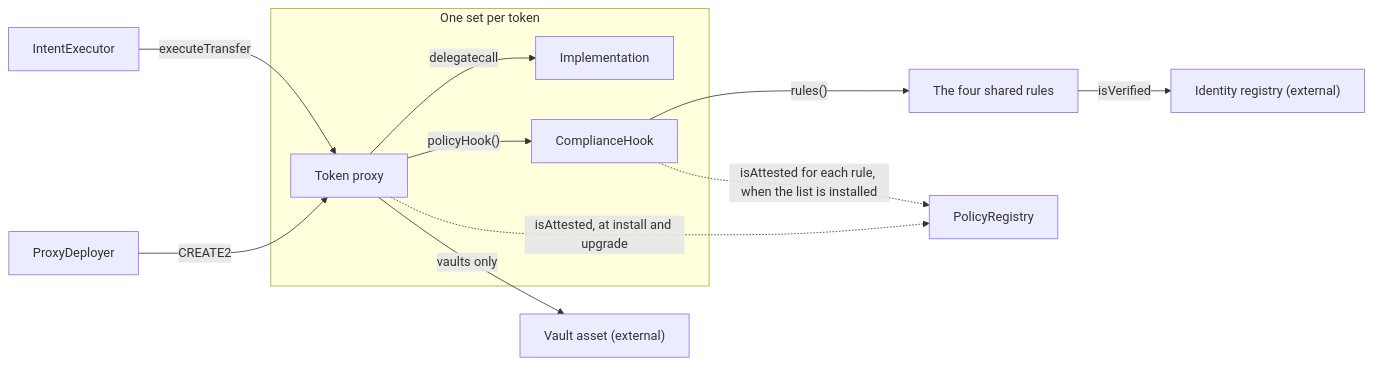
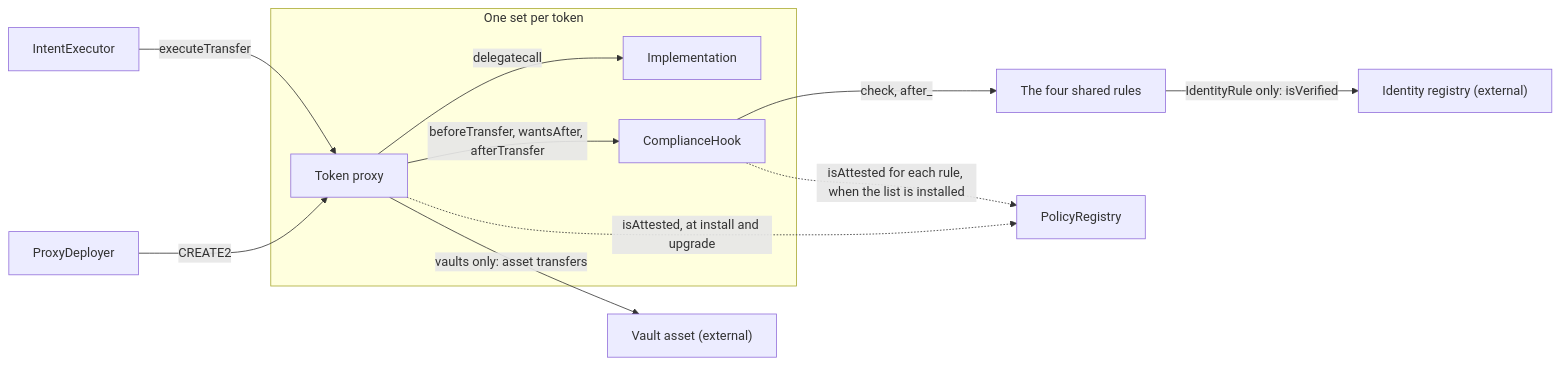
One commit to fepvenancio/rwa-token changed the first of 3 diagrams in docs/architecture.md. Above: the diagram before and after it, drawn with Mermaid. The commit also changed other lines of this file and 7 other files, not shown here.

````diff
--- a/docs/architecture.md
+++ b/docs/architecture.md
@@ -34,17 +34,17 @@
 ```mermaid
 flowchart LR
   PD["ProxyDeployer"] -->|"CREATE2"| Proxy
   Exec["IntentExecutor"] -->|"executeTransfer"| Proxy
   subgraph PerToken["One set per token"]
     Proxy["Token proxy"]
     Impl["Implementation"]
     Hook["ComplianceHook"]
     Proxy -->|"delegatecall"| Impl
-    Proxy -->|"policyHook()"| Hook
+    Proxy -->|"beforeTransfer, wantsAfter, afterTransfer"| Hook
   end
-  Hook -->|"rules()"| Rules["The four shared rules"]
-  Rules -->|"isVerified"| IdReg["Identity registry (external)"]
-  Proxy -->|"vaults only"| Asset["Vault asset (external)"]
+  Hook -->|"check, after_"| Rules["The four shared rules"]
+  Rules -->|"IdentityRule only: isVerified"| IdReg["Identity registry (external)"]
+  Proxy -->|"vaults only: asset transfers"| Asset["Vault asset (external)"]
   Proxy -.->|"isAttested, at install and upgrade"| Reg["PolicyRegistry"]
   Hook -.->|"isAttested for each rule, when the list is installed"| Reg
 ```
````
